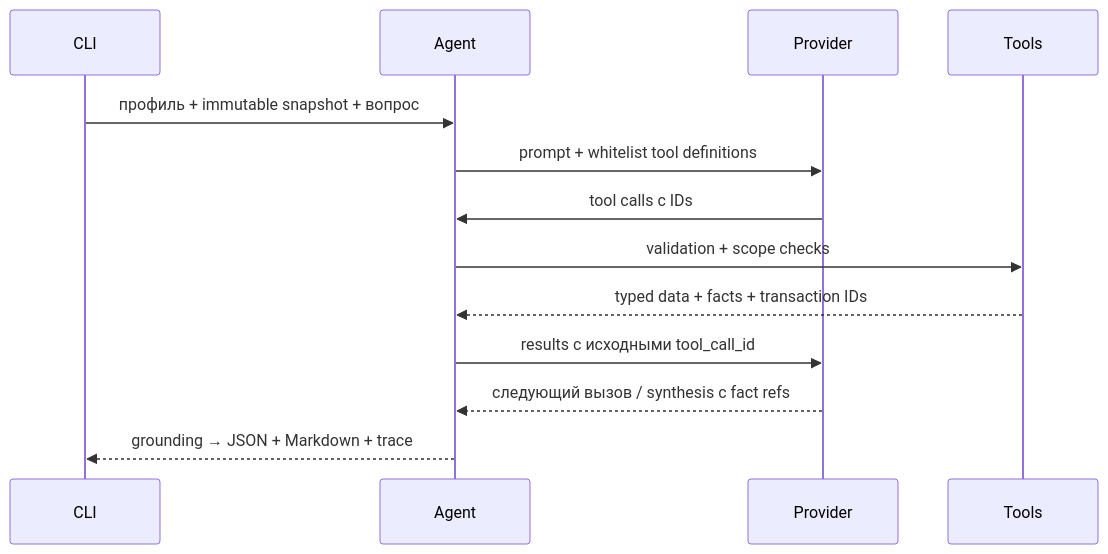
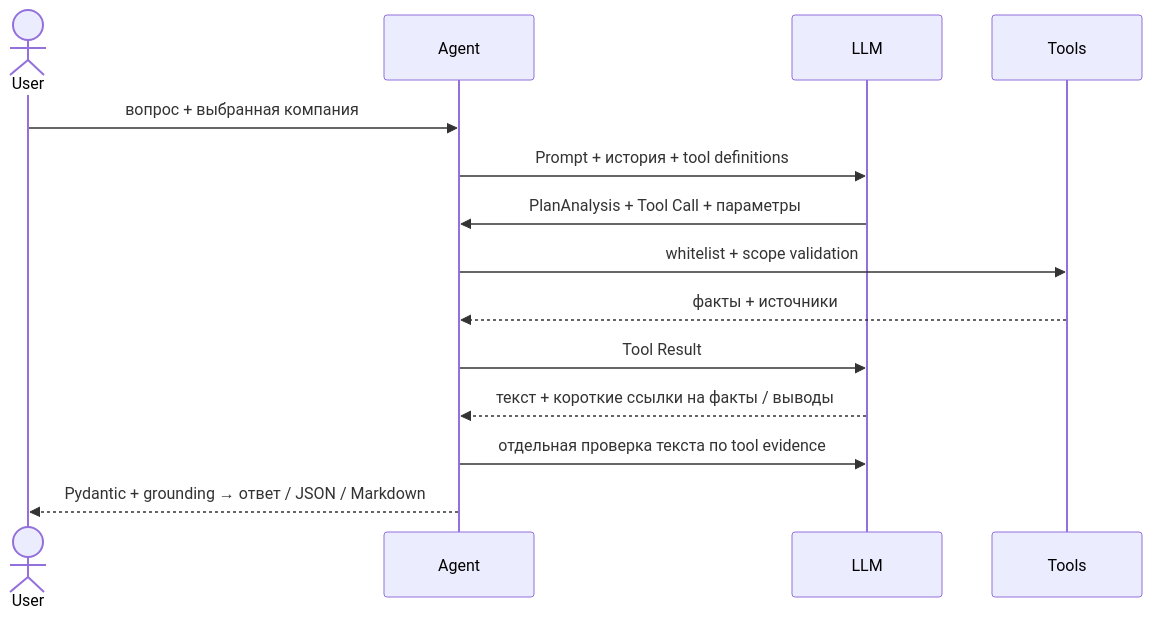
One commit to ramiltiteev/fintech_ai_project_test changed the diagram in README.md. Above: the diagram before and after it, drawn with Mermaid. The commit also changed other lines of this file and 55 other files, not shown here.

Commit message:
feat: add financial agent chat, HTTP API and LiteLLM Gateway

````diff
--- a/README.md
+++ b/README.md
@@ -20,15 +14,16 @@
 ```mermaid
 sequenceDiagram
-    participant CLI
+    actor User
     participant Agent
-    participant Provider
+    participant LLM
     participant Tools
-    CLI->>Agent: профиль + immutable snapshot + вопрос
-    Agent->>Provider: prompt + whitelist tool definitions
-    Provider->>Agent: tool calls с IDs
-    Agent->>Tools: validation + scope checks
-    Tools-->>Agent: typed data + facts + transaction IDs
-    Agent->>Provider: results с исходными tool_call_id
-    Provider-->>Agent: следующий вызов / synthesis с fact refs
-    Agent-->>CLI: grounding → JSON + Markdown + trace
+    User->>Agent: вопрос + выбранная компания
+    Agent->>LLM: Prompt + история + tool definitions
+    LLM->>Agent: PlanAnalysis + Tool Call + параметры
+    Agent->>Tools: whitelist + scope validation
+    Tools-->>Agent: факты + источники
+    Agent->>LLM: Tool Result
+    LLM-->>Agent: текст + короткие ссылки на факты / выводы
+    Agent->>LLM: отдельная проверка текста по tool evidence
+    Agent-->>User: Pydantic + grounding → ответ / JSON / Markdown
 ```
````
